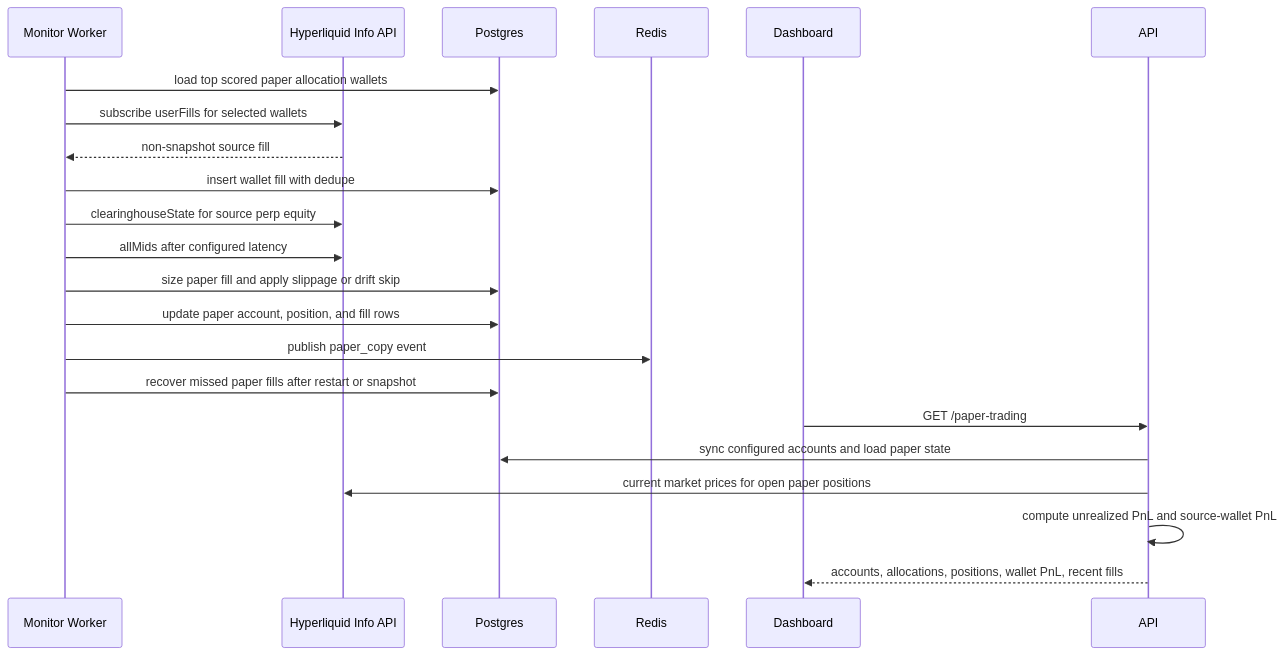
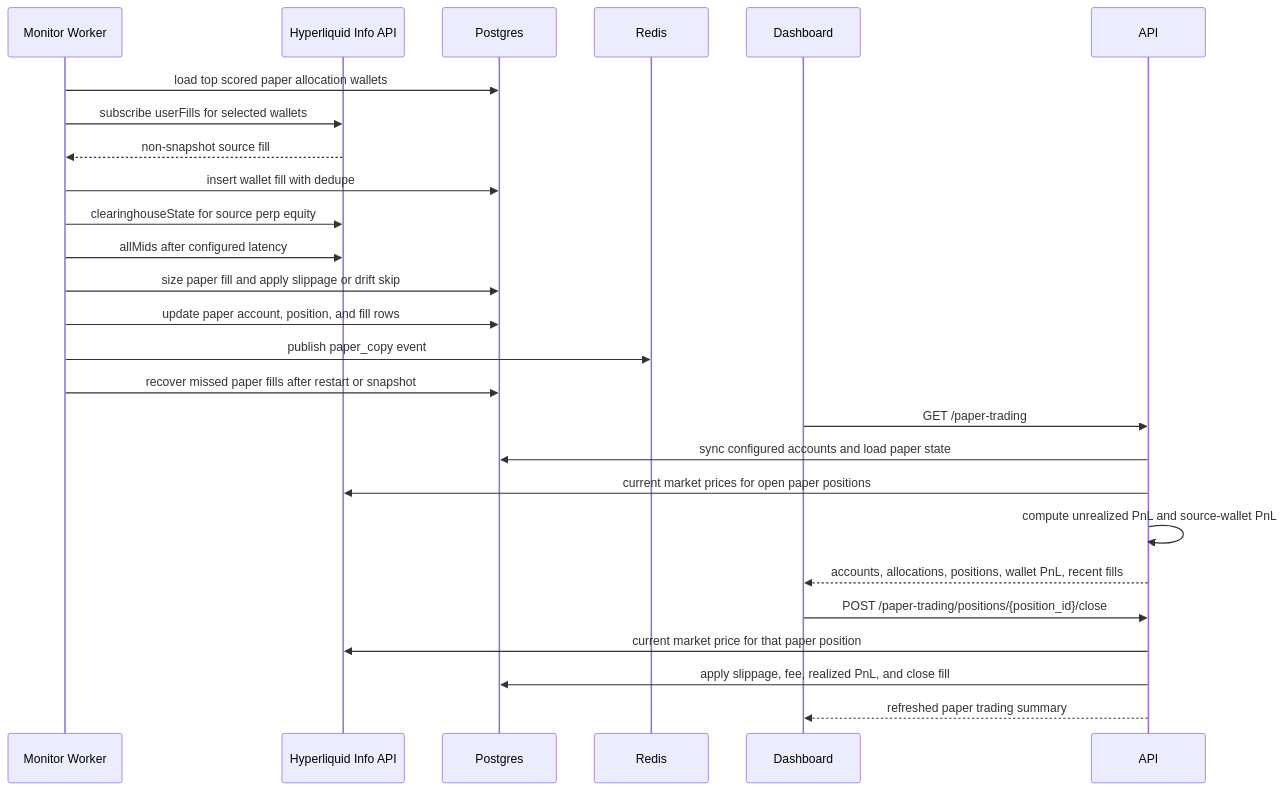
One commit to DrottPoker/copytrading-agent changed the ninth of 9 diagrams in docs/architecture.md. Above: the diagram before and after it, drawn with Mermaid. The commit also changed other lines of this file and 5 other files, not shown here.

````diff
--- a/docs/architecture.md
+++ b/docs/architecture.md
@@ -438,24 +438,28 @@
 ```mermaid
 sequenceDiagram
   participant Worker as Monitor Worker
   participant HL as Hyperliquid Info API
   participant DB as Postgres
   participant Redis as Redis
   participant UI as Dashboard
 
   Worker->>DB: load top scored paper allocation wallets
   Worker->>HL: subscribe userFills for selected wallets
   HL-->>Worker: non-snapshot source fill
   Worker->>DB: insert wallet fill with dedupe
   Worker->>HL: clearinghouseState for source perp equity
   Worker->>HL: allMids after configured latency
   Worker->>DB: size paper fill and apply slippage or drift skip
   Worker->>DB: update paper account, position, and fill rows
   Worker->>Redis: publish paper_copy event
   Worker->>DB: recover missed paper fills after restart or snapshot
   UI->>API: GET /paper-trading
   API->>DB: sync configured accounts and load paper state
   API->>HL: current market prices for open paper positions
   API->>API: compute unrealized PnL and source-wallet PnL
   API-->>UI: accounts, allocations, positions, wallet PnL, recent fills
+  UI->>API: POST /paper-trading/positions/{position_id}/close
+  API->>HL: current market price for that paper position
+  API->>DB: apply slippage, fee, realized PnL, and close fill
+  API-->>UI: refreshed paper trading summary
 ```
````
